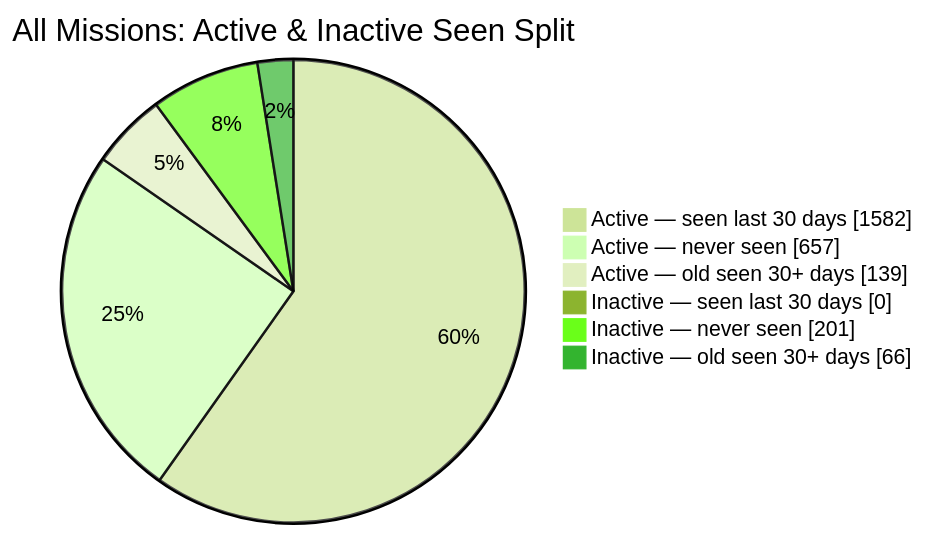
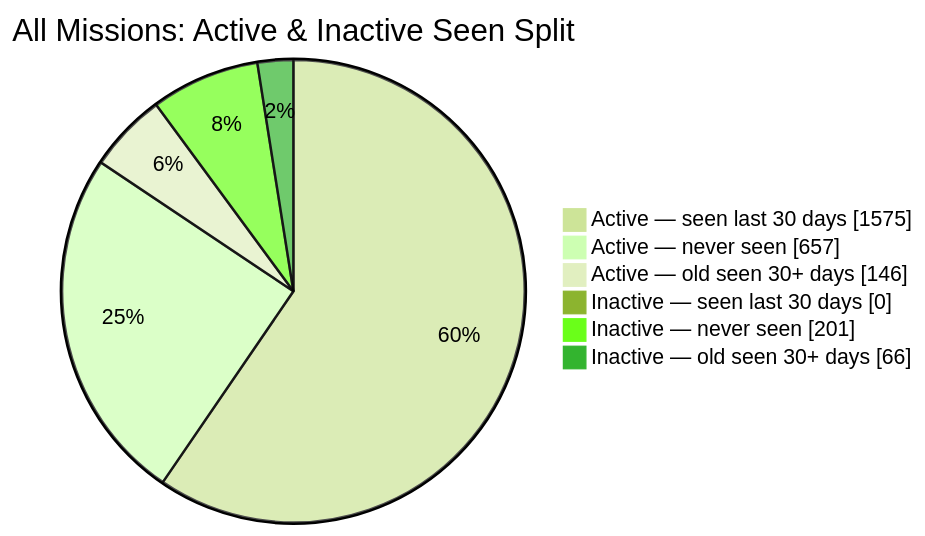
The second of 2 diagrams in README.md (MeldkamerspelGameTeam/active-missions), drawn with Mermaid (forest theme) before and after one commit. The commit also changed other lines of this file and 3 other files, not shown here.

````diff
--- a/README.md
+++ b/README.md
@@ -44,10 +44,10 @@
 ```mermaid
 pie showData
     title All Missions: Active & Inactive Seen Split
-    "Active — seen last 30 days" : 1582
+    "Active — seen last 30 days" : 1575
     "Active — never seen" : 657
-    "Active — old seen 30+ days" : 139
+    "Active — old seen 30+ days" : 146
     "Inactive — seen last 30 days" : 0
     "Inactive — never seen" : 201
     "Inactive — old seen 30+ days" : 66
 ```
````
